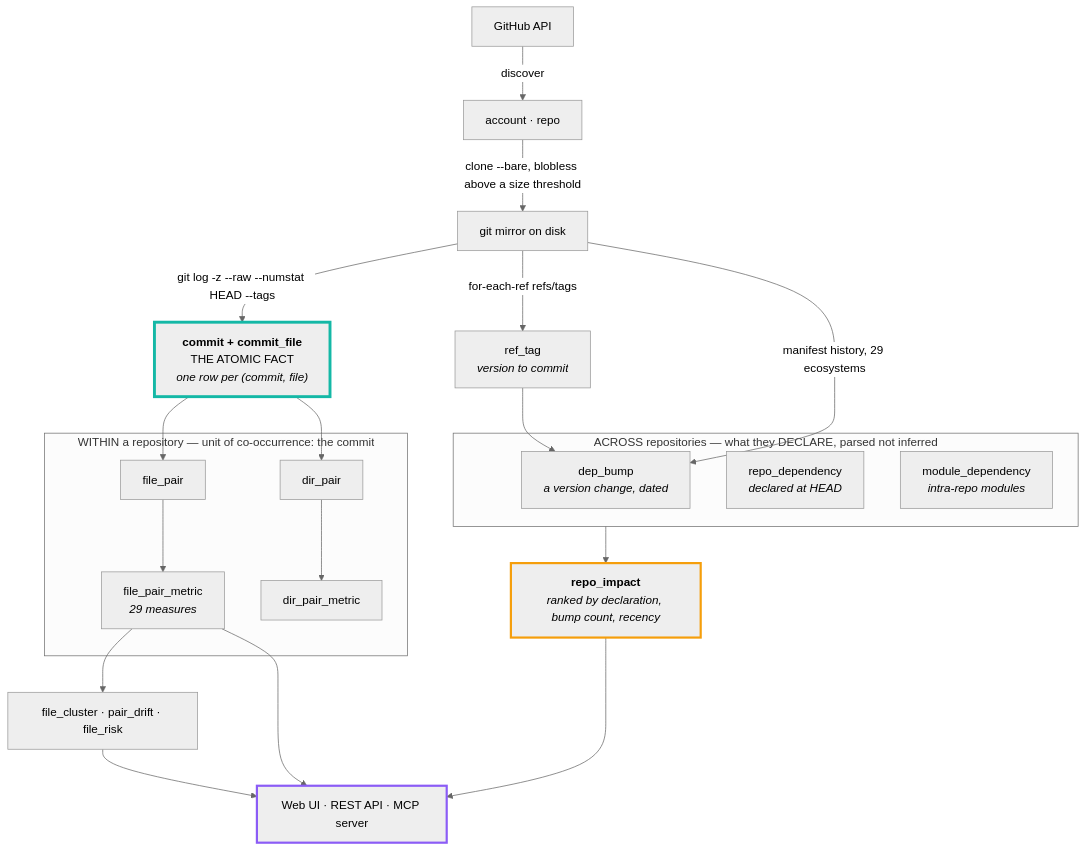
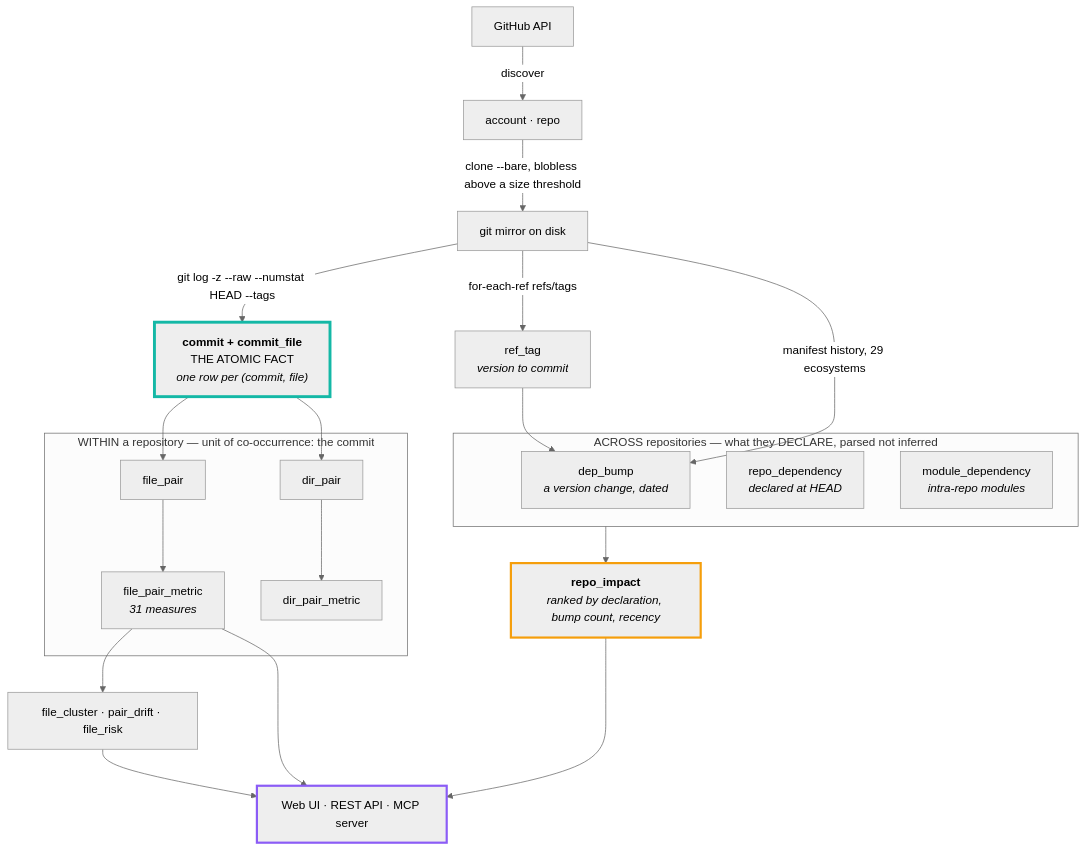
One commit to kirankn8/git-synapse changed the first of 6 diagrams in DESIGN.md. Above: the diagram before and after it, drawn with Mermaid (neutral theme). The commit also changed other lines of this file and 3 other files, not shown here.

````diff
--- a/DESIGN.md
+++ b/DESIGN.md
@@ -93,38 +104,38 @@
 ```mermaid
 flowchart TB
     GH["GitHub API"] -->|discover| REPO["account · repo"]
     REPO -->|"clone --bare, blobless above a size threshold"| MIRROR["git mirror on disk"]
     MIRROR -->|"git log -z --raw --numstat HEAD --tags"| ATOM
     MIRROR -->|"for-each-ref refs/tags"| TAGS["ref_tag<br/><i>version to commit</i>"]
     MIRROR -->|"manifest history, 29 ecosystems"| DECL
 
     ATOM["<b>commit + commit_file</b><br/>THE ATOMIC FACT<br/><i>one row per (commit, file)</i>"]
 
     subgraph within["WITHIN a repository — unit of co-occurrence: the commit"]
-        FP["file_pair"] --> FPM["file_pair_metric<br/><i>29 measures</i>"]
+        FP["file_pair"] --> FPM["file_pair_metric<br/><i>31 measures</i>"]
         DP["dir_pair"] --> DPM["dir_pair_metric"]
     end
 
     subgraph declared["ACROSS repositories — what they DECLARE, parsed not inferred"]
         DECL["dep_bump<br/><i>a version change, dated</i>"]
         RD["repo_dependency<br/><i>declared at HEAD</i>"]
         MD["module_dependency<br/><i>intra-repo modules</i>"]
     end
 
     ATOM --> FP
     ATOM --> DP
     TAGS --> DECL
     declared --> IMPACT
 
     IMPACT["<b>repo_impact</b><br/><i>ranked by declaration, bump count, recency</i>"]
 
     FPM --> MINE["file_cluster · pair_drift · file_risk"]
     FPM --> OUT
     IMPACT --> OUT
     MINE --> OUT
     OUT["Web UI · REST API · MCP server"]
 
     style ATOM stroke:#14b8a6,stroke-width:4px
     style IMPACT stroke:#f59e0b,stroke-width:3px
     style OUT stroke:#8b5cf6,stroke-width:3px
 ```
````
